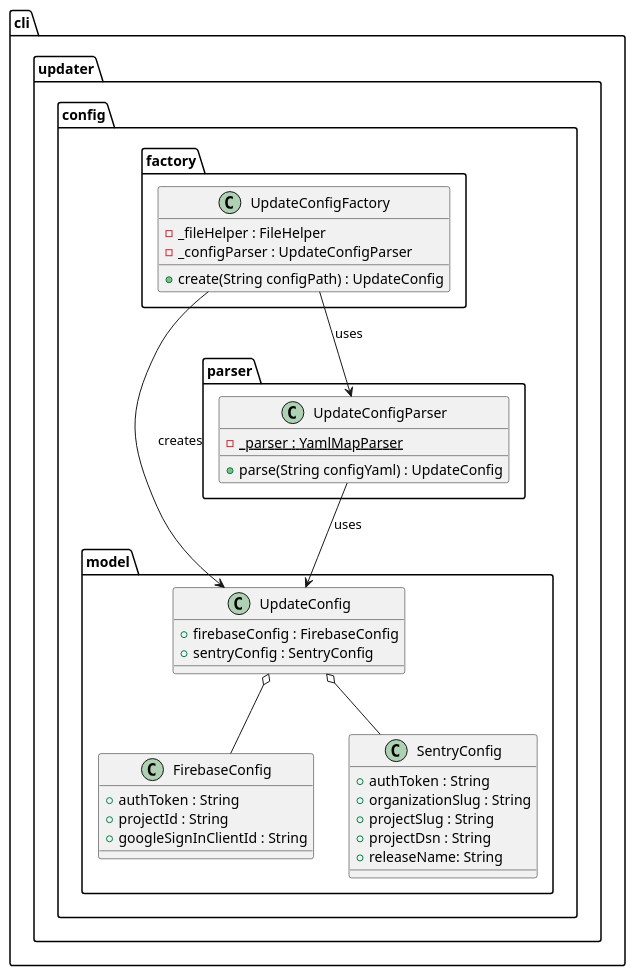
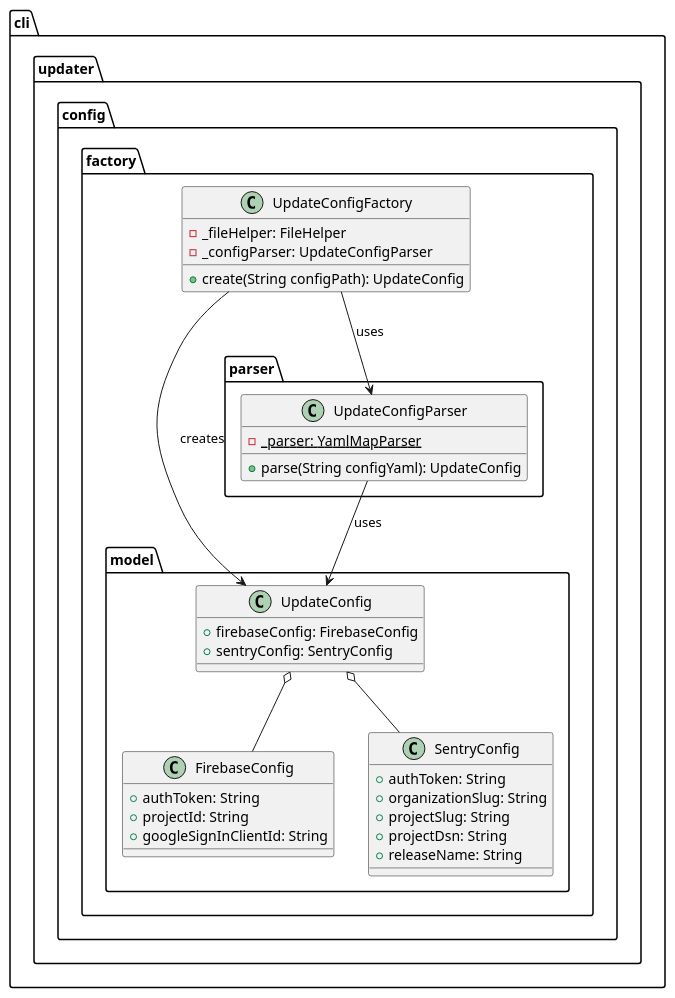
The diagram in metrics/cli/docs/features/diagrams/yaml_config_parser_class_diagram.puml (Flank/flank-dashboard), drawn with PlantUML before and after one commit. The commit also changed 7 other files, not shown here.

```diff
--- a/metrics/cli/docs/features/diagrams/yaml_config_parser_class_diagram.puml
+++ b/metrics/cli/docs/features/diagrams/yaml_config_parser_class_diagram.puml
@@ -1,52 +1,48 @@
 @startuml yaml_config_parser_class_diagram
 
-package cli {
-    package updater {
-        package config {
-            package factory {
-                class UpdateConfigFactory {
-                    - _fileHelper : FileHelper
-                    - _configParser : UpdateConfigParser
-                    + create(String configPath) : UpdateConfig
-                }
+package cli.updater.config {
+    package factory {
+        class UpdateConfigFactory {
+                - _fileHelper: FileHelper
+                - _configParser: UpdateConfigParser
+                + create(String configPath): UpdateConfig
+        }
+
+        package model {
+            class UpdateConfig {
+                + firebaseConfig: FirebaseConfig
+                + sentryConfig: SentryConfig
             }
 
-            package model {
-                class UpdateConfig {
-                    + firebaseConfig : FirebaseConfig
-                    + sentryConfig : SentryConfig
-                }
-
-                class FirebaseConfig {
-                    + authToken : String
-                    + projectId : String
-                    + googleSignInClientId : String
-                }
-
-                class SentryConfig {
-                    + authToken : String
-                    + organizationSlug : String
-                    + projectSlug : String
-                    + projectDsn : String
-                    + releaseName: String
-                }
+            class FirebaseConfig {
+                + authToken: String
+                + projectId: String
+                + googleSignInClientId: String
             }
 
-            package parser {
-                class UpdateConfigParser {
-                    - {static} _parser : YamlMapParser
-                    + parse(String configYaml) : UpdateConfig
-                }
+            class SentryConfig {
+                + authToken: String
+                + organizationSlug: String
+                + projectSlug: String
+                + projectDsn: String
+                + releaseName: String
+            }
+        }
+
+        package parser {
+            class UpdateConfigParser {
+                - {static} _parser: YamlMapParser
+                + parse(String configYaml): UpdateConfig
             }
         }
     }
 }
 
 UpdateConfigParser --> UpdateConfig : uses
 UpdateConfigFactory --> UpdateConfigParser : uses
 UpdateConfigFactory --> UpdateConfig : creates
 
 FirebaseConfig -up-o UpdateConfig
 SentryConfig -up-o UpdateConfig
 
 @enduml
```
